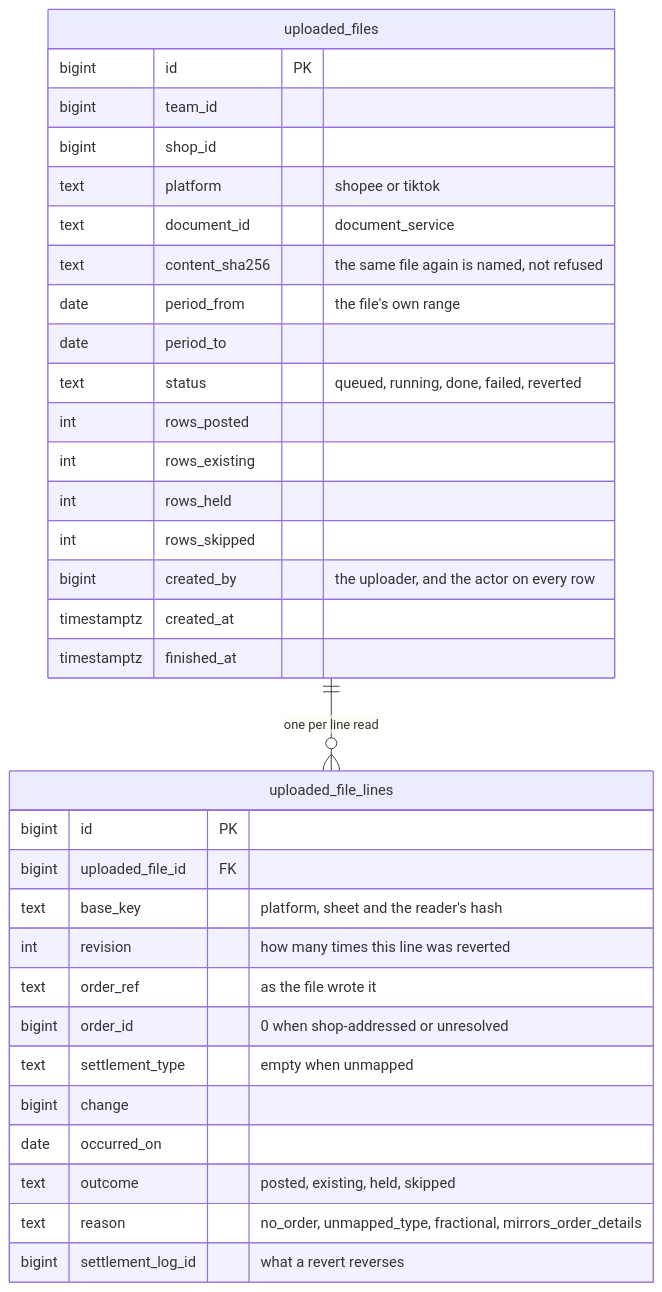
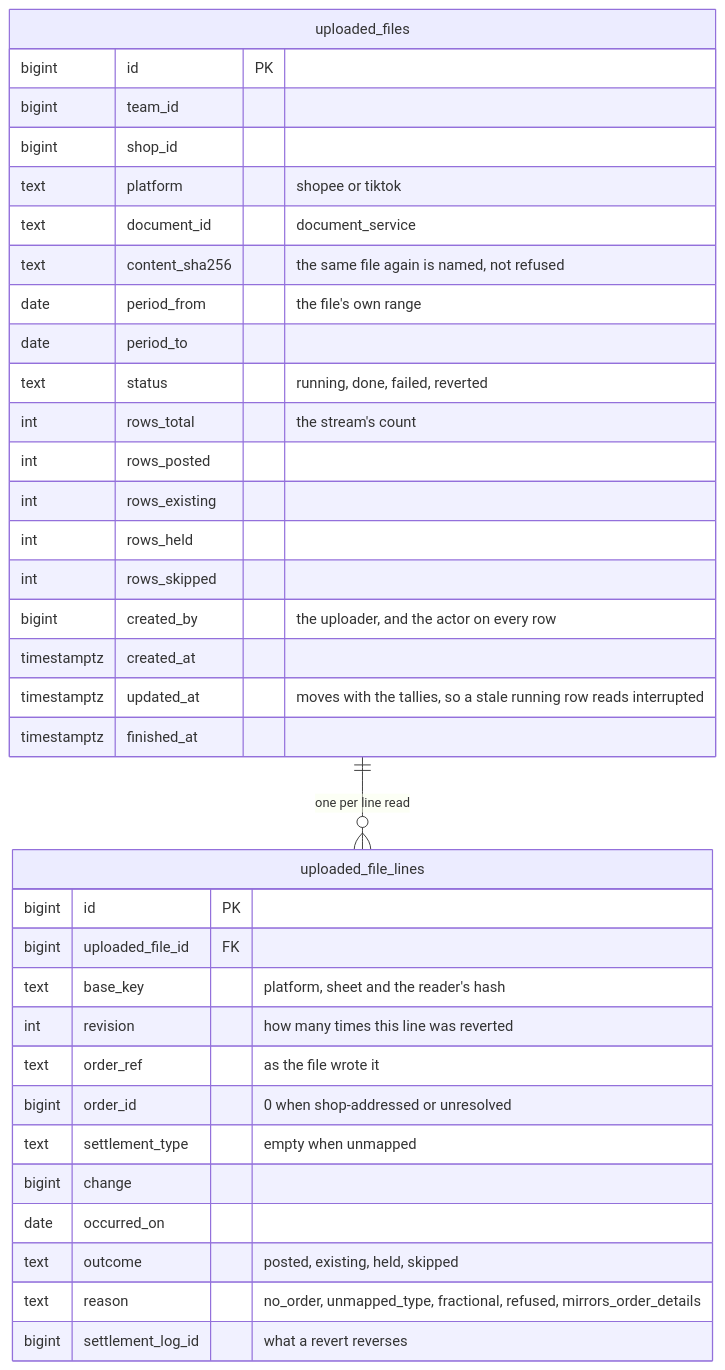
One commit to pdcgo/warehouse_revamp changed the fifth of 7 diagrams in docs/business/settlement/settlement_importer_clarify.md. Above: the diagram before and after it, drawn with Mermaid. The commit also changed other lines of this file and 3 other files, not shown here.

First line of the commit message:
settlement_importer: re-examine the streamed flow — the interceptor refuses every stream

````diff
--- a/docs/business/settlement/settlement_importer_clarify.md
+++ b/docs/business/settlement/settlement_importer_clarify.md
@@ -142,36 +204,38 @@
 ```mermaid
 erDiagram
   uploaded_files ||--o{ uploaded_file_lines : "one per line read"
   uploaded_files {
     bigint id PK
     bigint team_id
     bigint shop_id
     text platform "shopee or tiktok"
     text document_id "document_service"
     text content_sha256 "the same file again is named, not refused"
     date period_from "the file's own range"
     date period_to
-    text status "queued, running, done, failed, reverted"
+    text status "running, done, failed, reverted"
+    int rows_total "the stream's count"
     int rows_posted
     int rows_existing
     int rows_held
     int rows_skipped
     bigint created_by "the uploader, and the actor on every row"
     timestamptz created_at
+    timestamptz updated_at "moves with the tallies, so a stale running row reads interrupted"
     timestamptz finished_at
   }
   uploaded_file_lines {
     bigint id PK
     bigint uploaded_file_id FK
     text base_key "platform, sheet and the reader's hash"
     int revision "how many times this line was reverted"
     text order_ref "as the file wrote it"
     bigint order_id "0 when shop-addressed or unresolved"
     text settlement_type "empty when unmapped"
     bigint change
     date occurred_on
     text outcome "posted, existing, held, skipped"
-    text reason "no_order, unmapped_type, fractional, mirrors_order_details"
+    text reason "no_order, unmapped_type, fractional, refused, mirrors_order_details"
     bigint settlement_log_id "what a revert reverses"
   }
 ```
````
